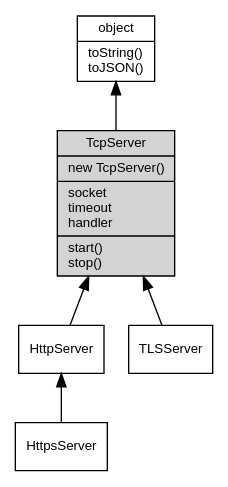
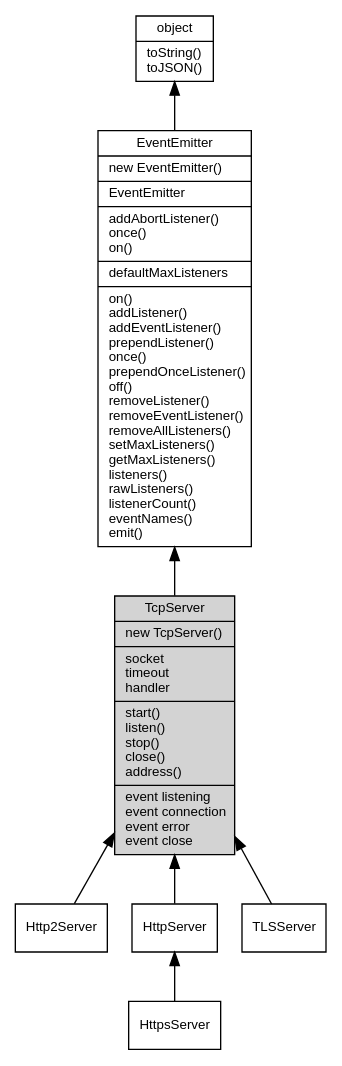
Before and after one commit to fibjs/fibjs.org: the diagram in docs/manual/object/ifs/TcpServer.md, drawn with Graphviz. The commit also changed other lines of this file and 148 other files, not shown here.

First line of the commit message:
feat: add ZlibCodec documentation and update object graph

````diff
--- a/docs/manual/object/ifs/TcpServer.md
+++ b/docs/manual/object/ifs/TcpServer.md
@@ -30,16 +30,20 @@
 ```dot
 digraph {
     node [fontname="Helvetica,sans-Serif", fontsize=10, shape="record", style="filled", fillcolor="white"];
 
     object [tooltip="object", URL="object.md", label="{object|toString()\ltoJSON()\l}"];
-    TcpServer [tooltip="TcpServer", fillcolor="lightgray", id="me", label="{TcpServer|new TcpServer()\l|socket\ltimeout\lhandler\l|start()\lstop()\l}"];
+    EventEmitter [tooltip="EventEmitter", URL="EventEmitter.md", label="{EventEmitter|new EventEmitter()\l|EventEmitter\l|addAbortListener()\lonce()\lon()\l|defaultMaxListeners\l|on()\laddListener()\laddEventListener()\lprependListener()\lonce()\lprependOnceListener()\loff()\lremoveListener()\lremoveEventListener()\lremoveAllListeners()\lsetMaxListeners()\lgetMaxListeners()\llisteners()\lrawListeners()\llistenerCount()\leventNames()\lemit()\l}"];
+    TcpServer [tooltip="TcpServer", fillcolor="lightgray", id="me", label="{TcpServer|new TcpServer()\l|socket\ltimeout\lhandler\l|start()\llisten()\lstop()\lclose()\laddress()\l|event listening\levent connection\levent error\levent close\l}"];
+    Http2Server [tooltip="Http2Server", URL="Http2Server.md", label="{Http2Server}"];
     HttpServer [tooltip="HttpServer", URL="HttpServer.md", label="{HttpServer}"];
     HttpsServer [tooltip="HttpsServer", URL="HttpsServer.md", label="{HttpsServer}"];
     TLSServer [tooltip="TLSServer", URL="TLSServer.md", label="{TLSServer}"];
 
-    object -> TcpServer [dir=back];
+    object -> EventEmitter [dir=back];
+    EventEmitter -> TcpServer [dir=back];
+    TcpServer -> Http2Server [dir=back];
     TcpServer -> HttpServer [dir=back];
     HttpServer -> HttpsServer [dir=back];
     TcpServer -> TLSServer [dir=back];
 }
 ```
````
